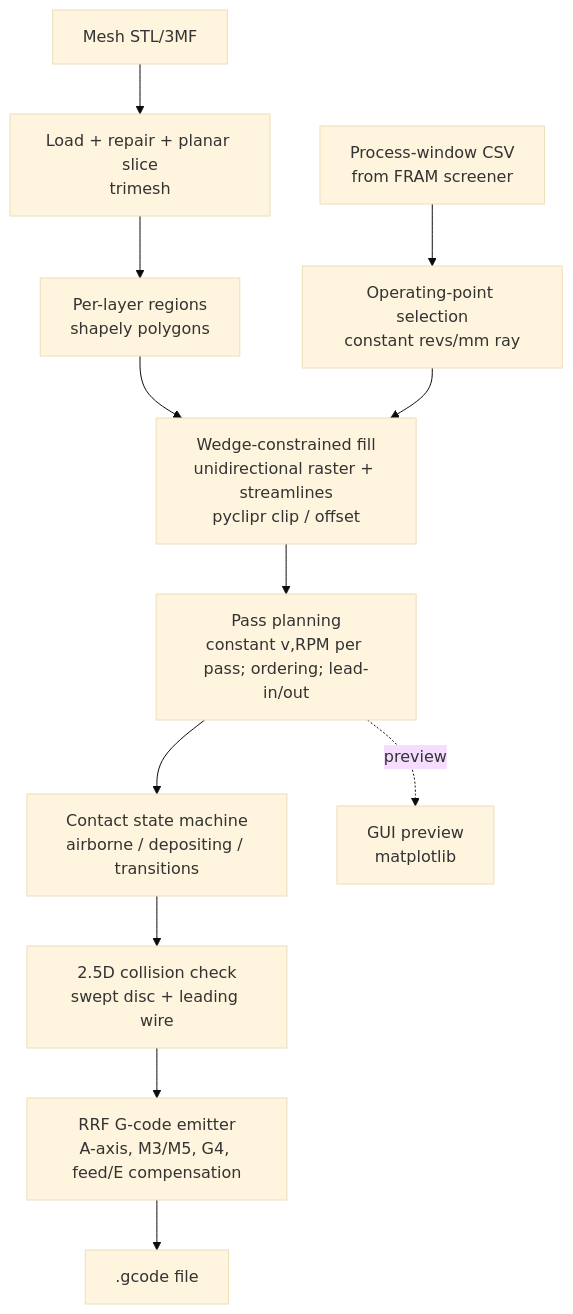
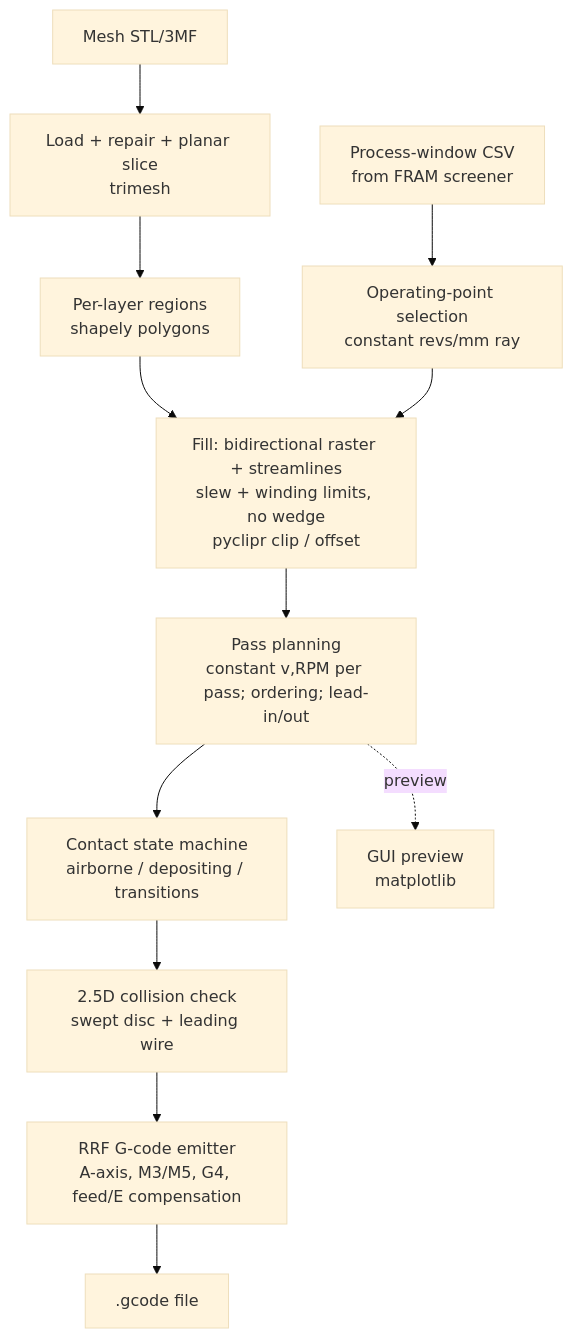
The first of 2 diagrams in docs/rotoforge_slicer_SPEC.md (Sindry-Manufacturing/rotoforgeslicer), drawn with Mermaid (base theme) before and after one commit. The commit also changed other lines of this file and 25 other files, not shown here.

````diff
--- a/docs/rotoforge_slicer_SPEC.md
+++ b/docs/rotoforge_slicer_SPEC.md
@@ -101,14 +101,14 @@
 ```mermaid
 flowchart TD
   A[Mesh STL/3MF] --> B[Load + repair + planar slice<br/>trimesh]
   B --> C[Per-layer regions<br/>shapely polygons]
   D[Process-window CSV<br/>from FRAM screener] --> E[Operating-point selection<br/>constant revs/mm ray]
-  C --> F[Wedge-constrained fill<br/>unidirectional raster + streamlines<br/>pyclipr clip / offset]
+  C --> F[Fill: bidirectional raster + streamlines<br/>slew + winding limits, no wedge<br/>pyclipr clip / offset]
   E --> F
   F --> G[Pass planning<br/>constant v,RPM per pass; ordering; lead-in/out]
   G --> H[Contact state machine<br/>airborne / depositing / transitions]
   H --> I[2.5D collision check<br/>swept disc + leading wire]
   I --> J[RRF G-code emitter<br/>A-axis, M3/M5, G4, feed/E compensation]
   J --> K[.gcode file]
   G -. preview .-> L[GUI preview<br/>matplotlib]
 ```
````
